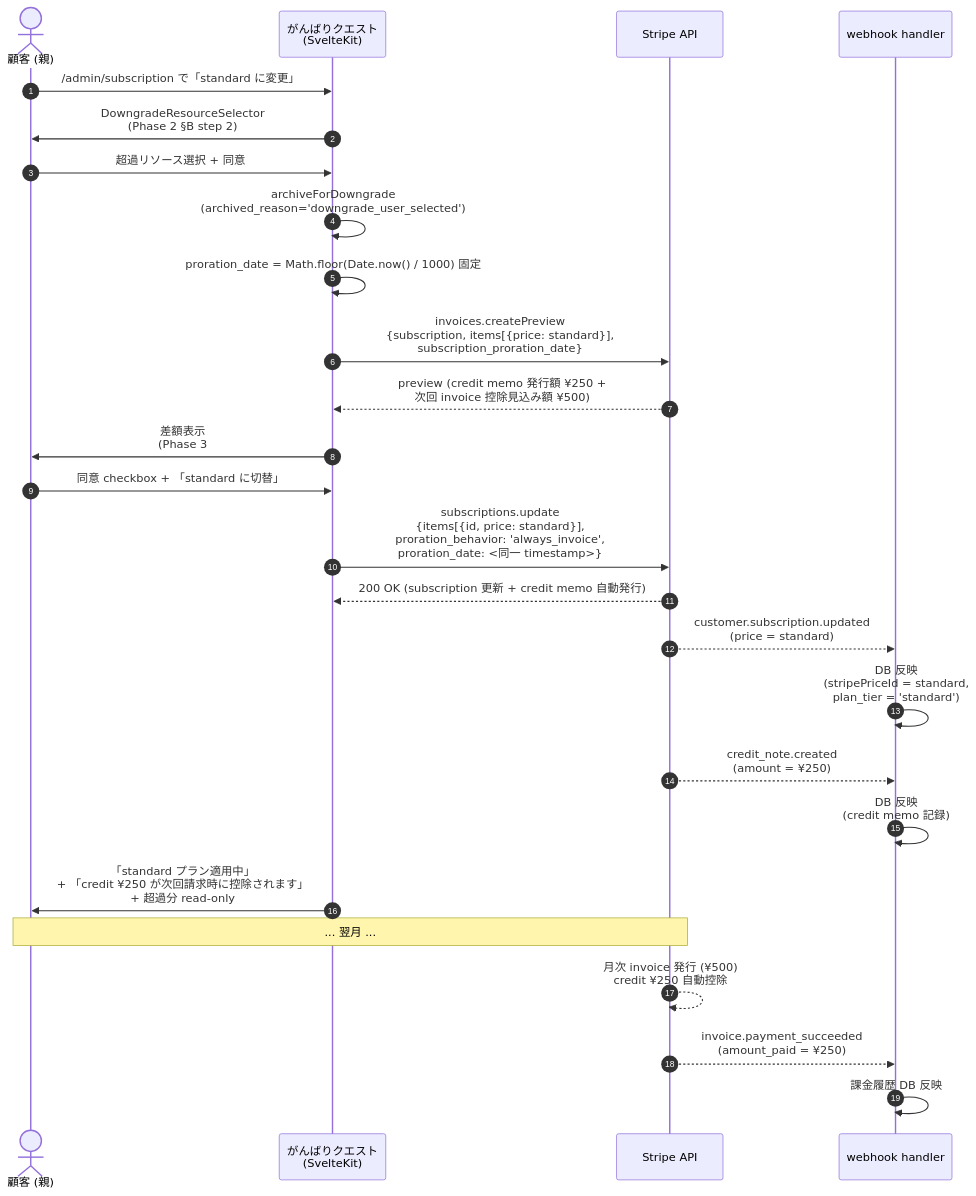
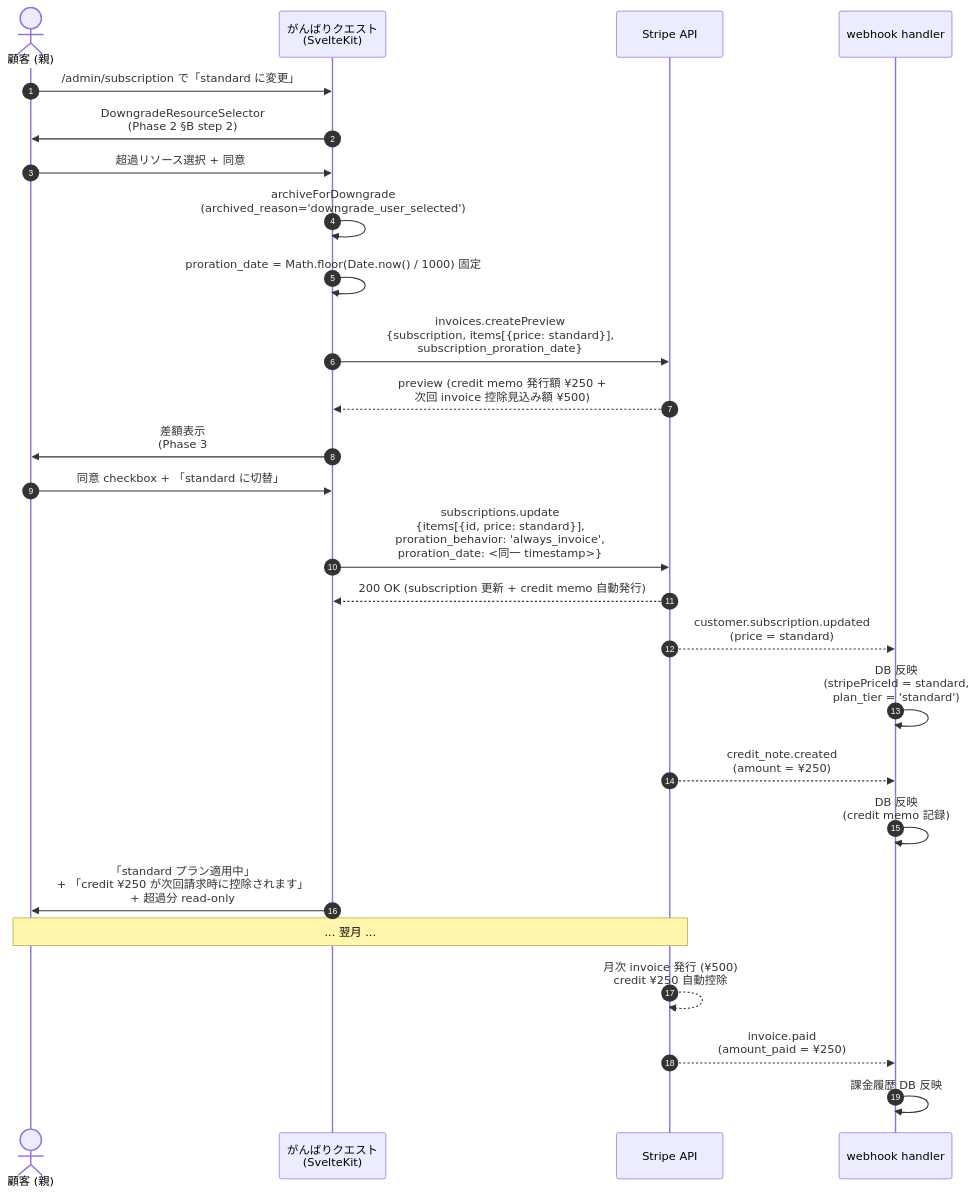
Before and after one commit to Takenori-Kusaka/ganbari-quest: the second of 2 diagrams in docs/design/billing-redesign/phase5-proration-architecture.md, drawn with Mermaid. The commit also changed other lines of this file and 20 other files, not shown here.

````diff
--- a/docs/design/billing-redesign/phase5-proration-architecture.md
+++ b/docs/design/billing-redesign/phase5-proration-architecture.md
@@ -178,29 +178,29 @@
 ```mermaid
 sequenceDiagram
     autonumber
     actor User as 顧客 (親)
     participant App as がんばりクエスト<br/>(SvelteKit)
     participant Stripe as Stripe API
     participant Webhook as webhook handler
 
     User->>App: /admin/subscription で「standard に変更」
     App->>User: DowngradeResourceSelector<br/>(Phase 2 §B step 2)
     User->>App: 超過リソース選択 + 同意
     App->>App: archiveForDowngrade<br/>(archived_reason='downgrade_user_selected')
     App->>App: proration_date = Math.floor(Date.now() / 1000) 固定
     App->>Stripe: invoices.createPreview<br/>{subscription, items[{price: standard}],<br/>subscription_proration_date}
     Stripe-->>App: preview (credit memo 発行額 ¥250 +<br/>次回 invoice 控除見込み額 ¥500)
     App->>User: 差額表示<br/>(Phase 3 #2573 §3.3 6 ブロック)
     User->>App: 同意 checkbox + 「standard に切替」
     App->>Stripe: subscriptions.update<br/>{items[{id, price: standard}],<br/>proration_behavior: 'always_invoice',<br/>proration_date: <同一 timestamp>}
     Stripe-->>App: 200 OK (subscription 更新 + credit memo 自動発行)
     Stripe-->>Webhook: customer.subscription.updated<br/>(price = standard)
     Webhook->>Webhook: DB 反映<br/>(stripePriceId = standard,<br/>plan_tier = 'standard')
     Stripe-->>Webhook: credit_note.created<br/>(amount = ¥250)
     Webhook->>Webhook: DB 反映<br/>(credit memo 記録)
     App->>User: 「standard プラン適用中」<br/>+ 「credit ¥250 が次回請求時に控除されます」<br/>+ 超過分 read-only
     Note over User, Stripe: ... 翌月 ...
     Stripe-->>Stripe: 月次 invoice 発行 (¥500)<br/>credit ¥250 自動控除
-    Stripe-->>Webhook: invoice.payment_succeeded<br/>(amount_paid = ¥250)
+    Stripe-->>Webhook: invoice.paid<br/>(amount_paid = ¥250)
     Webhook->>Webhook: 課金履歴 DB 反映
 ```
````
